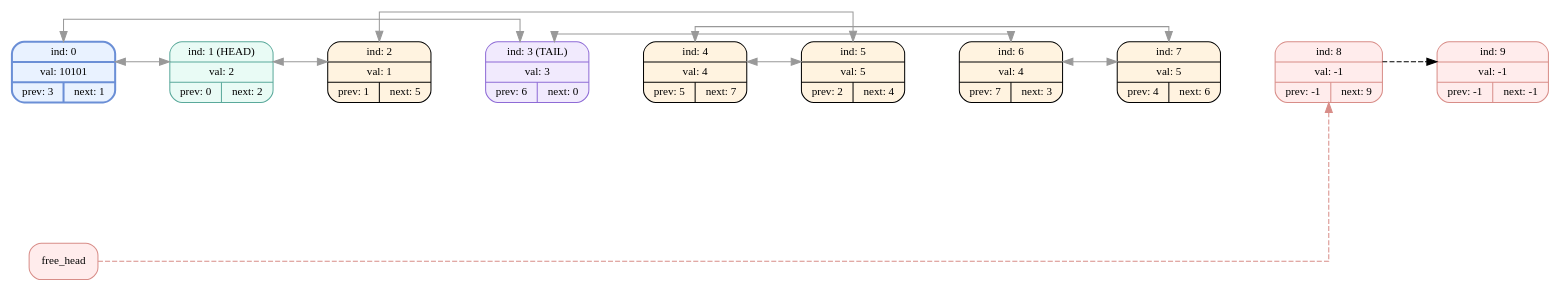
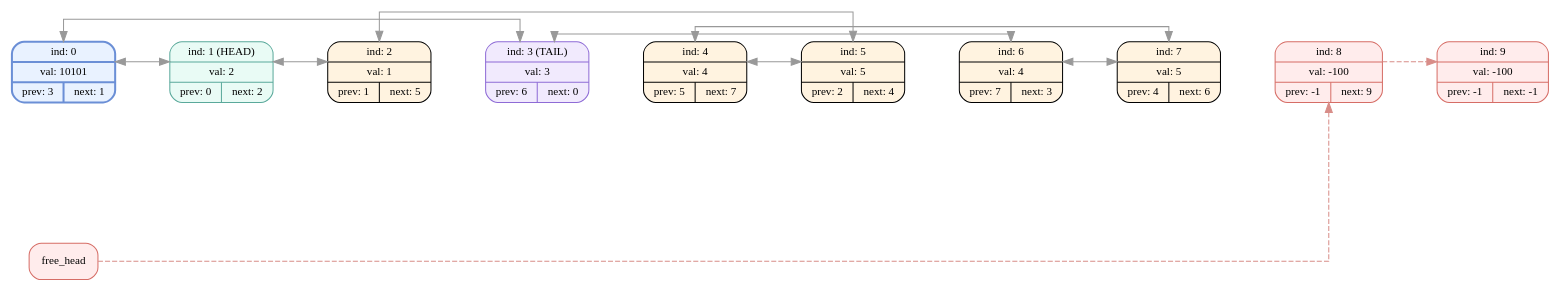
Before and after one commit to EvilTomato9890/DEAD_List: the diagram in dumps/dump_000.dot, drawn with Graphviz. The commit also changed 41 other files, not shown here.

```diff
--- a/dumps/dump_000.dot
+++ b/dumps/dump_000.dot
@@ -1,37 +1,37 @@
 digraph G{
   rankdir=LR;
   splines=ortho;
   nodesep=0.9;
   ranksep=0.75;
   node [fontname="Fira Mono",shape=record,style="filled,rounded",fontsize=11];
   node_0[shape=record,label="ind: 0 | val: 10101 | { prev: 3 | next: 1 }",color="#6b8fd6",style="filled,bold,rounded",fillcolor="#e9f2ff"];
   node_1[shape=record,label=" ind: 1 (HEAD) | val: 2 | { prev: 0 | next: 2 } ",color="#5aa99b",fillcolor="#e9fbf5"];
   node_2[shape=record,label=" ind: 2 | val: 1 | { prev: 1 | next: 5 } ",color="#000000",fillcolor="#fff3e0"];
   node_3[shape=record,label=" ind: 3 (TAIL) | val: 3 | { prev: 6 | next: 0 } ",color="#8e6bd6",fillcolor="#f1eafd"];
   node_4[shape=record,label=" ind: 4 | val: 4 | { prev: 5 | next: 7 } ",color="#000000",fillcolor="#fff3e0"];
   node_5[shape=record,label=" ind: 5 | val: 5 | { prev: 2 | next: 4 } ",color="#000000",fillcolor="#fff3e0"];
   node_6[shape=record,label=" ind: 6 | val: 4 | { prev: 7 | next: 3 } ",color="#000000",fillcolor="#fff3e0"];
   node_7[shape=record,label=" ind: 7 | val: 5 | { prev: 4 | next: 6 } ",color="#000000",fillcolor="#fff3e0"];
-  node_8[shape=record,label=" ind: 8 | val: -1 | { prev: -1 | next: 9 } ",style="filled,rounded",color="#d88d88",fillcolor="#ffecec"];
-  node_9[shape=record,label=" ind: 9 | val: -1 | { prev: -1 | next: -1 } ",style="filled,rounded",color="#d88d88",fillcolor="#ffecec"];
+  node_8[shape=record,label=" ind: 8 | val: -100 | { prev: -1 | next: 9 } ",style="filled,rounded",color="#d66d66",fillcolor="#ffecec"];
+  node_9[shape=record,label=" ind: 9 | val: -100 | { prev: -1 | next: -1 } ",style="filled,rounded",color="#d66d66",fillcolor="#ffecec"];
   node_0 -> node_1 [weight=1000,style=invis];
   node_1 -> node_2 [weight=1000,style=invis];
   node_2 -> node_3 [weight=1000,style=invis];
   node_3 -> node_4 [weight=1000,style=invis];
   node_4 -> node_5 [weight=1000,style=invis];
   node_5 -> node_6 [weight=1000,style=invis];
   node_6 -> node_7 [weight=1000,style=invis];
   node_7 -> node_8 [weight=1000,style=invis];
   node_8 -> node_9 [weight=1000,style=invis];
-  node_8 -> node_9 [color="d66d66", style=dashed, constraint=false];
+  node_8 -> node_9 [color="#d88d88", style=dashed, constraint=false];
   node_0 -> node_1 [dir=both, color="#999999", constraint=false];
   node_1 -> node_2 [dir=both, color="#999999", constraint=false];
   node_2 -> node_5 [dir=both, color="#999999", constraint=false];
   node_3 -> node_0 [dir=both, color="#999999", constraint=false];
   node_4 -> node_7 [dir=both, color="#999999", constraint=false];
   node_5 -> node_4 [dir=both, color="#999999", constraint=false];
   node_6 -> node_3 [dir=both, color="#999999", constraint=false];
   node_7 -> node_6 [dir=both, color="#999999", constraint=false];
-  node_free [label=free_head,color="#d88d88",shape=rectangle,style="filled,rounded",fillcolor="#ffecec"];
+  node_free [label=free_head,color="#d66d66",shape=rectangle,style="filled,rounded",fillcolor="#ffecec"];
   node_free -> node_8 [color="#d88d88", style=dashed, constraint=false];
 }
```
